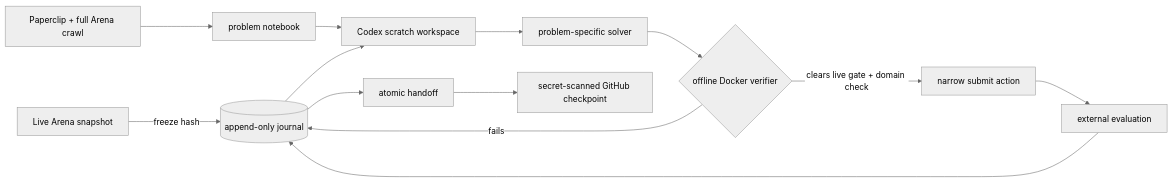
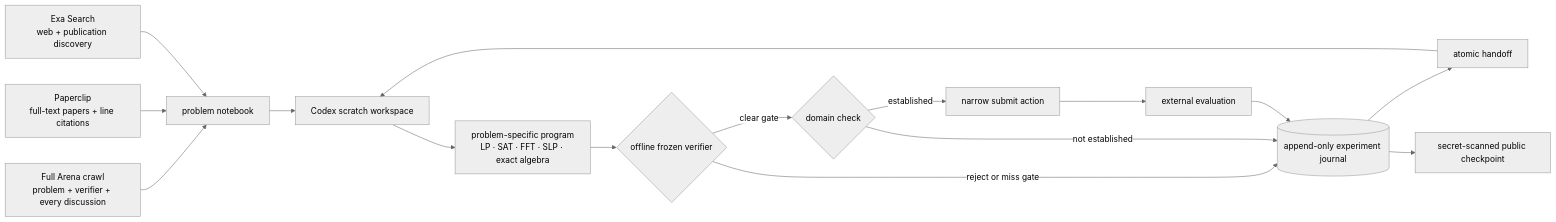
Before and after one commit to JamesWeatherhead/CodexProLong: the diagram in README.md, drawn with Mermaid (neutral theme). The commit also changed other lines of this file, not shown here.

````diff
--- a/README.md
+++ b/README.md
@@ -103,15 +57,18 @@
 ```mermaid
 flowchart LR
-    A[Live Arena snapshot] -->|freeze hash| J[(append-only journal)]
-    P[Paperclip + full Arena crawl] --> N[problem notebook]
-    J --> C[Codex scratch workspace]
-    N --> C
-    C --> S[problem-specific solver]
-    S --> V{offline Docker verifier}
-    V -->|fails| J
-    V -->|clears live gate + domain check| G[narrow submit action]
+    A[Full Arena crawl<br/>problem + verifier + every discussion] --> N[problem notebook]
+    P[Paperclip<br/>full-text papers + line citations] --> N
+    X[Exa Search<br/>web + publication discovery] --> N
+    N --> C[Codex scratch workspace]
+    C --> S[problem-specific program<br/>LP · SAT · FFT · SLP · exact algebra]
+    S --> V{offline frozen verifier}
+    V -->|reject or miss gate| J[(append-only experiment journal)]
+    V -->|clear gate| D{domain check}
+    D -->|not established| J
+    D -->|established| G[narrow submit action]
     G --> E[external evaluation]
     E --> J
     J --> H[atomic handoff]
-    H --> R[secret-scanned GitHub checkpoint]
+    H --> C
+    J --> R[secret-scanned public checkpoint]
 ```
````
